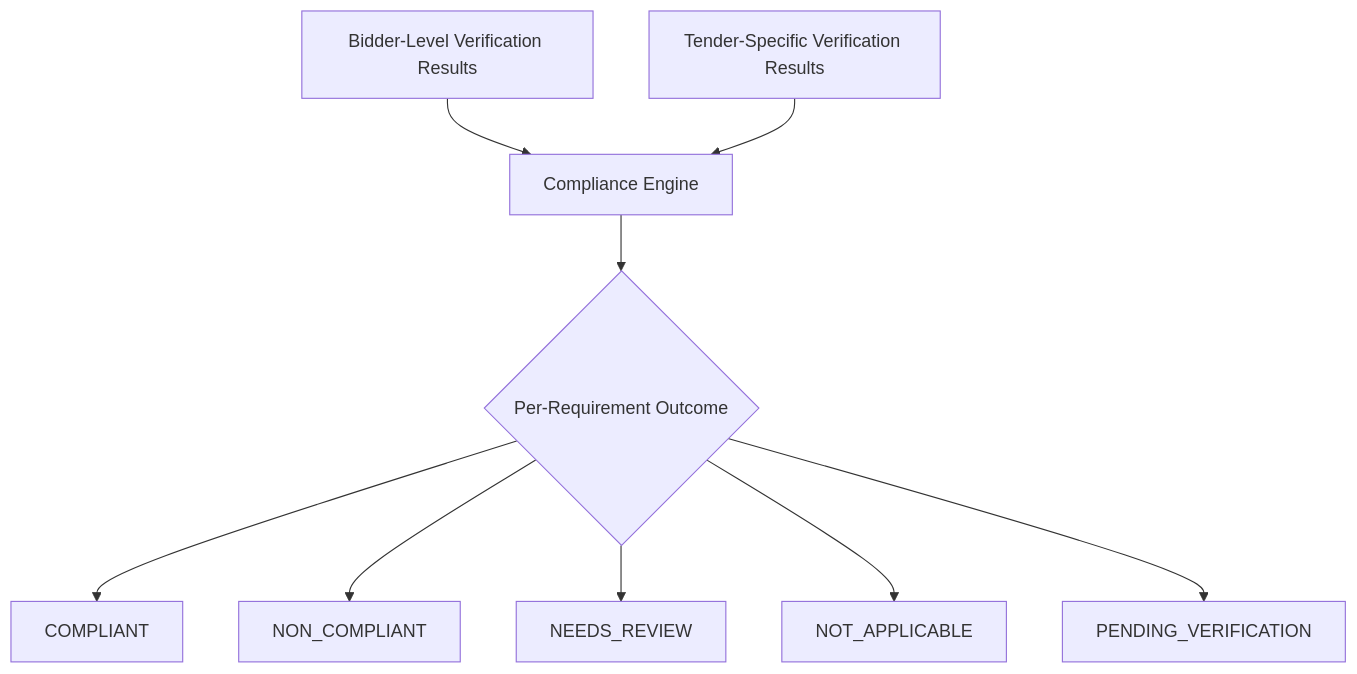
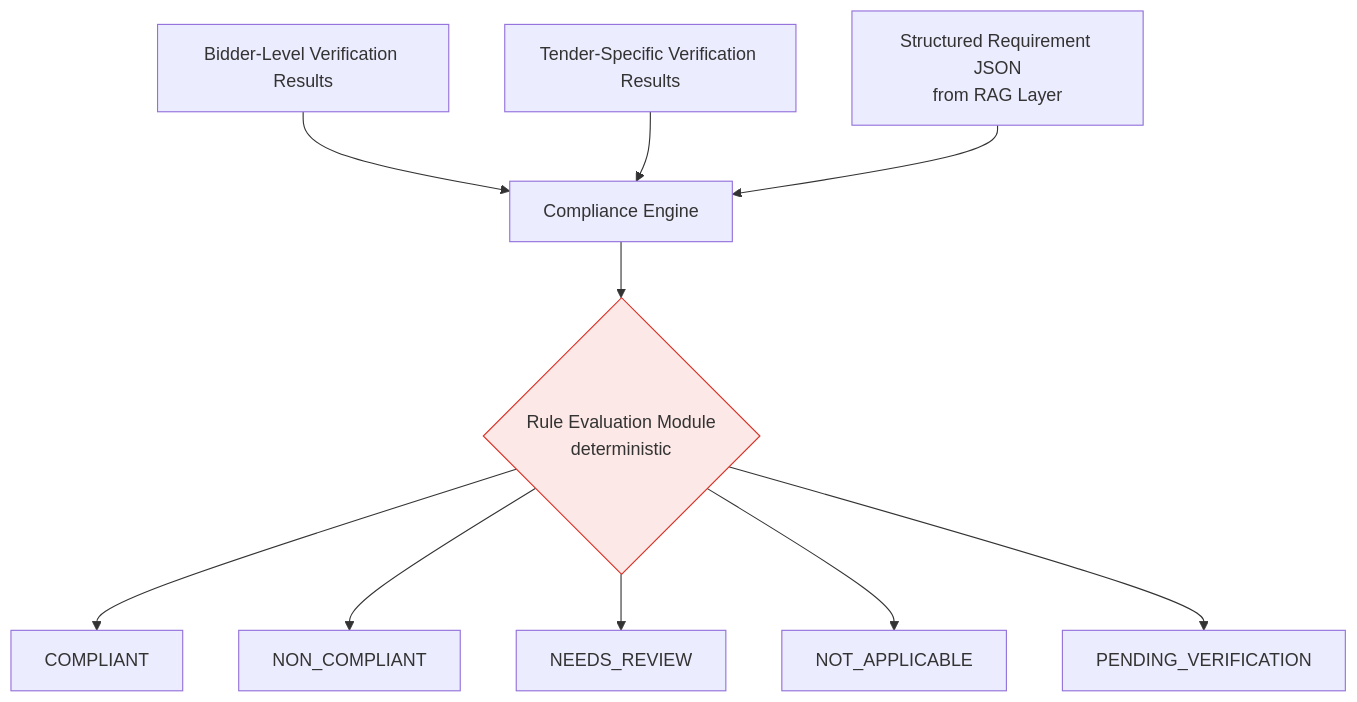
Before and after one commit to IshanWankhede/BidVerify-AI: the third of 5 diagrams in architecture.md, drawn with Mermaid. The commit also changed other lines of this file and 5 other files, not shown here.

````diff
--- a/architecture.md
+++ b/architecture.md
@@ -210,11 +282,14 @@
 ```mermaid
 flowchart TD
     A[Bidder-Level Verification Results] --> C[Compliance Engine]
     B[Tender-Specific Verification Results] --> C
-    C --> D{Per-Requirement Outcome}
+    R[Structured Requirement JSON<br/>from RAG Layer] --> C
+    C --> D{Rule Evaluation Module<br/>deterministic}
     D --> E[COMPLIANT]
     D --> F[NON_COMPLIANT]
     D --> G[NEEDS_REVIEW]
     D --> H[NOT_APPLICABLE]
     D --> I[PENDING_VERIFICATION]
+
+    style D fill:#fce8e6,stroke:#d93025
 ```
````
